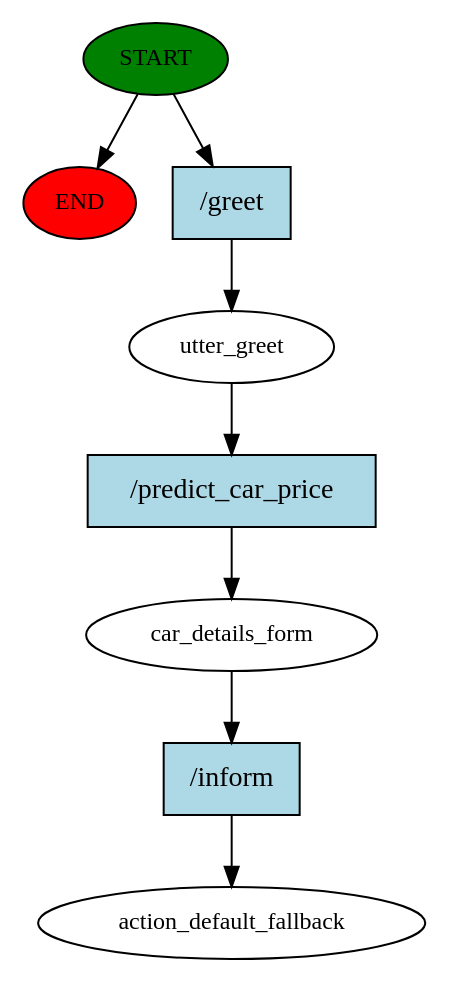
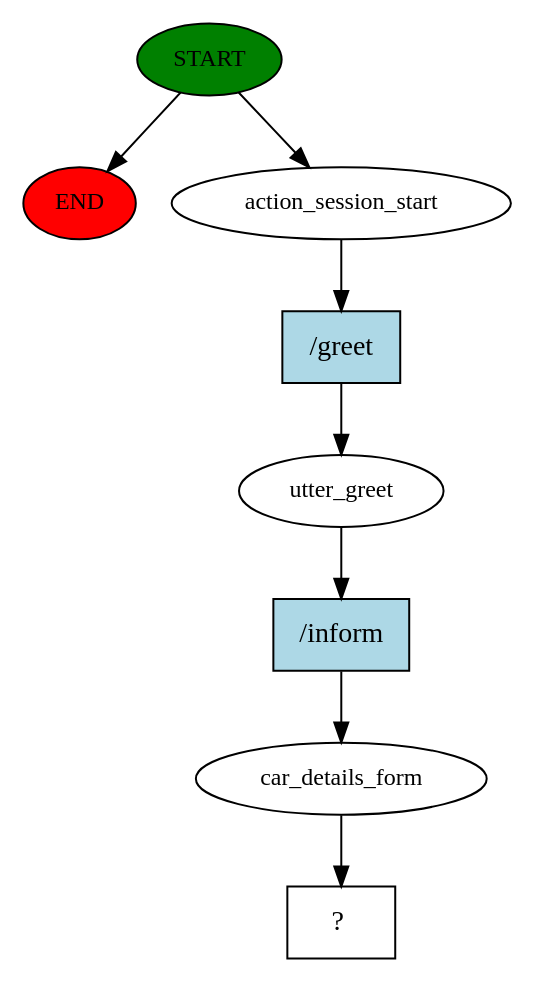
One commit to anandmk123/Car_Project changed the diagram in Price_prediction/story_graph.dot. Above: the diagram before and after it, drawn with Graphviz. The commit also changed 573 other files, not shown here.

```diff
--- a/Price_prediction/story_graph.dot
+++ b/Price_prediction/story_graph.dot
@@ -1,17 +1,17 @@
 digraph  {
 0 [class="start active", fillcolor=green, fontsize=12, label=START, style=filled];
 "-1" [class=end, fillcolor=red, fontsize=12, label=END, style=filled];
-1 [class=active, fontsize=12, label=utter_greet];
-2 [class=active, fontsize=12, label=car_details_form];
-3 [class="dashed active", fontsize=12, label=action_default_fallback];
-4 [class="intent active", fillcolor=lightblue, label="/greet", shape=rect, style=filled];
-5 [class="intent active", fillcolor=lightblue, label="/predict_car_price", shape=rect, style=filled];
+1 [class=active, fontsize=12, label=action_session_start];
+2 [class=active, fontsize=12, label=utter_greet];
+3 [class=active, fontsize=12, label=car_details_form];
+4 [class="intent dashed active", label="  ?  ", shape=rect];
+5 [class="intent active", fillcolor=lightblue, label="/greet", shape=rect, style=filled];
 6 [class="intent active", fillcolor=lightblue, label="/inform", shape=rect, style=filled];
 0 -> "-1"  [class="", key=NONE, label=""];
-0 -> 4  [class=active, key=0];
+0 -> 1  [class=active, key=NONE, label=""];
 1 -> 5  [class=active, key=0];
 2 -> 6  [class=active, key=0];
-4 -> 1  [class=active, key=0];
+3 -> 4  [class=active, key=NONE, label=""];
 5 -> 2  [class=active, key=0];
 6 -> 3  [class=active, key=0];
 }
```
